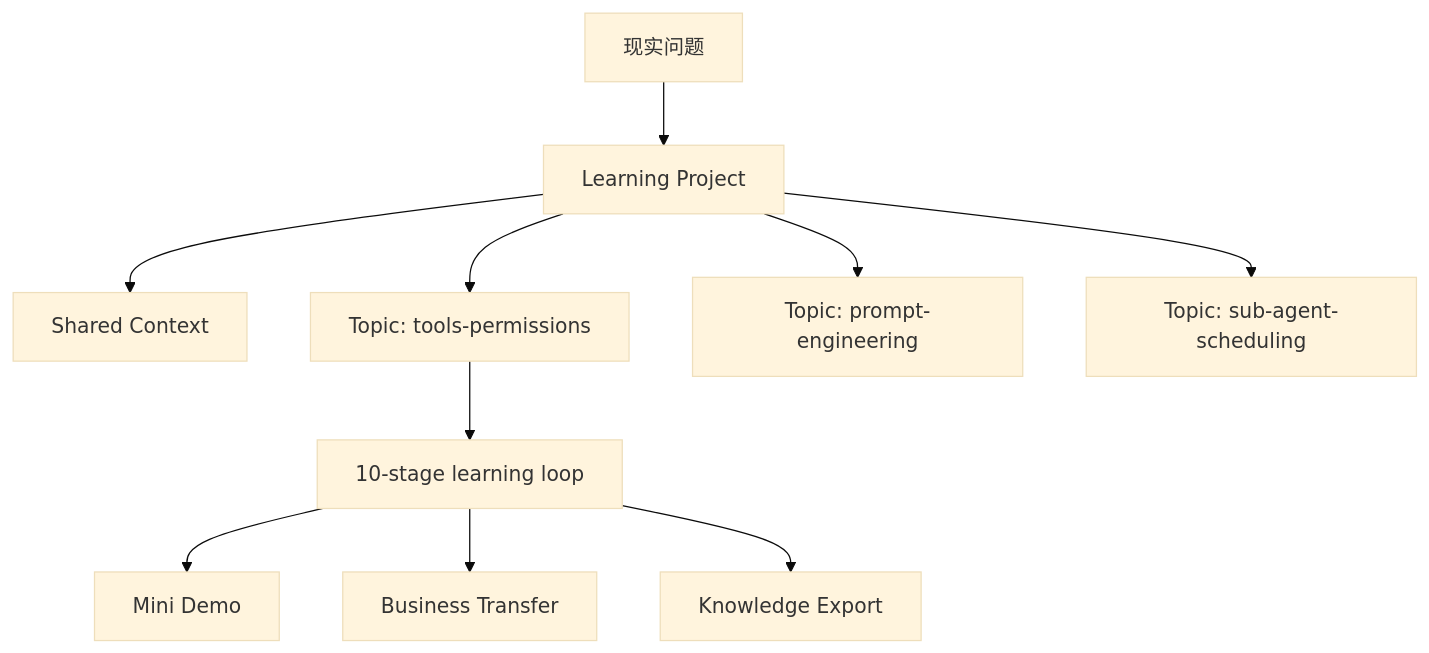
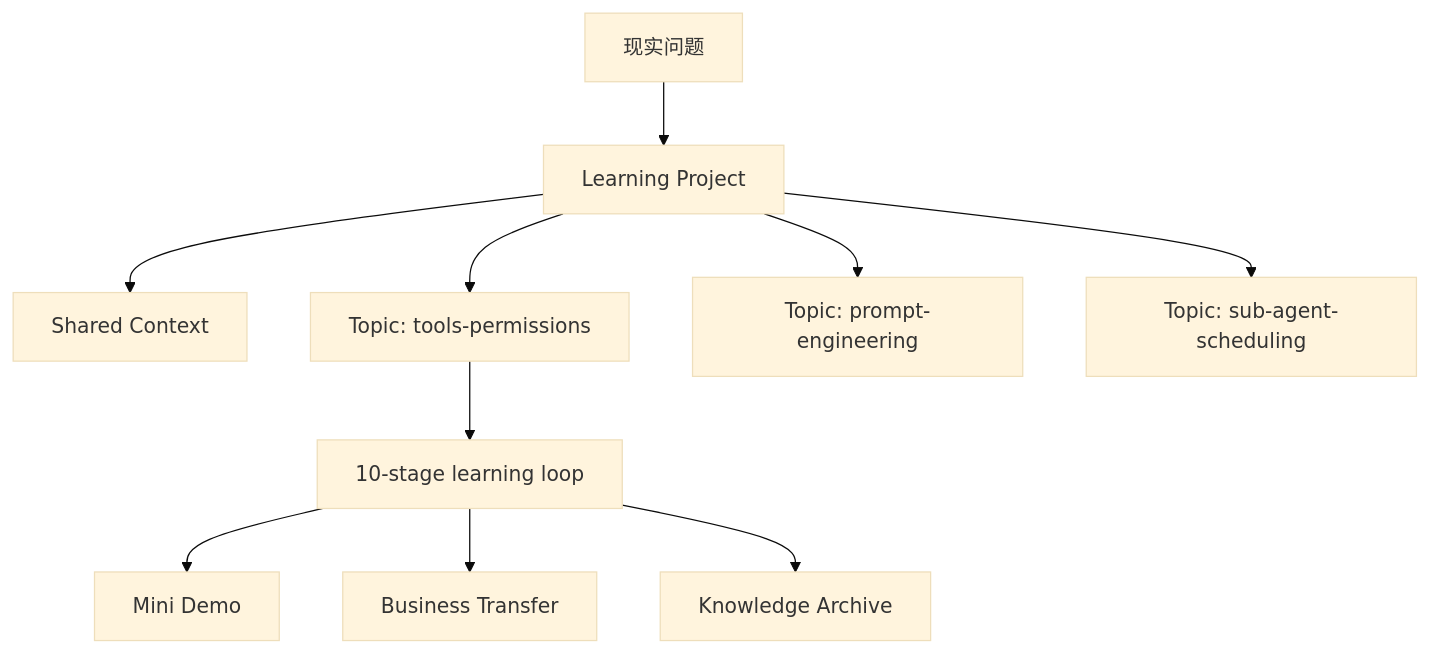
The first of 4 diagrams in README.md (hedon954/daedalus), drawn with Mermaid (base theme) before and after one commit. The commit also changed other lines of this file and 61 other files, not shown here.

````diff
--- a/README.md
+++ b/README.md
@@ -26,13 +26,13 @@
 ```mermaid
 flowchart TD
     Problem["现实问题"] --> Project["Learning Project"]
     Project --> Shared["Shared Context"]
     Project --> TopicA["Topic: tools-permissions"]
     Project --> TopicB["Topic: prompt-engineering"]
     Project --> TopicC["Topic: sub-agent-scheduling"]
 
     TopicA --> Loop["10-stage learning loop"]
     Loop --> Demo["Mini Demo"]
     Loop --> Transfer["Business Transfer"]
-    Loop --> Knowledge["Knowledge Export"]
+    Loop --> Knowledge["Knowledge Archive"]
 ```
````
